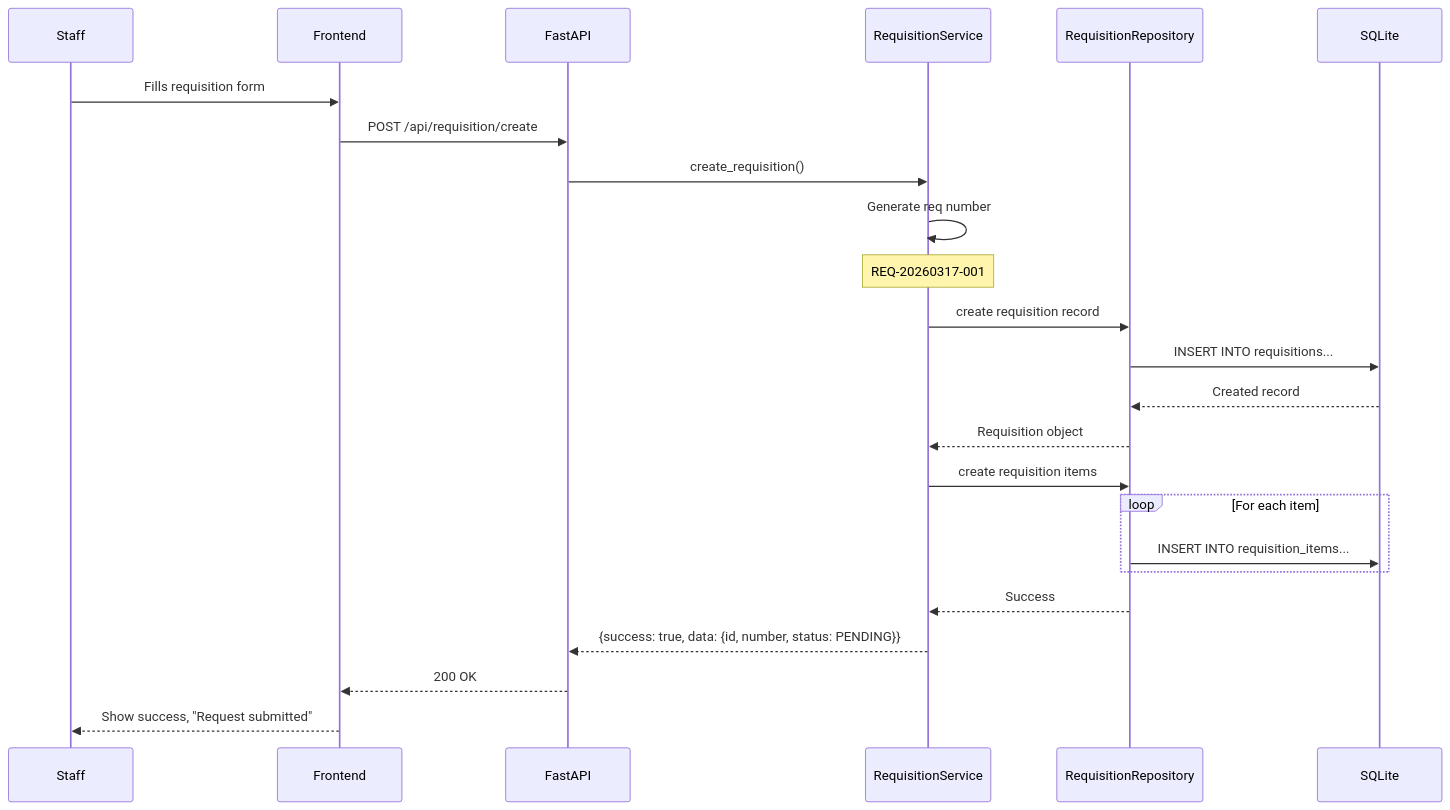
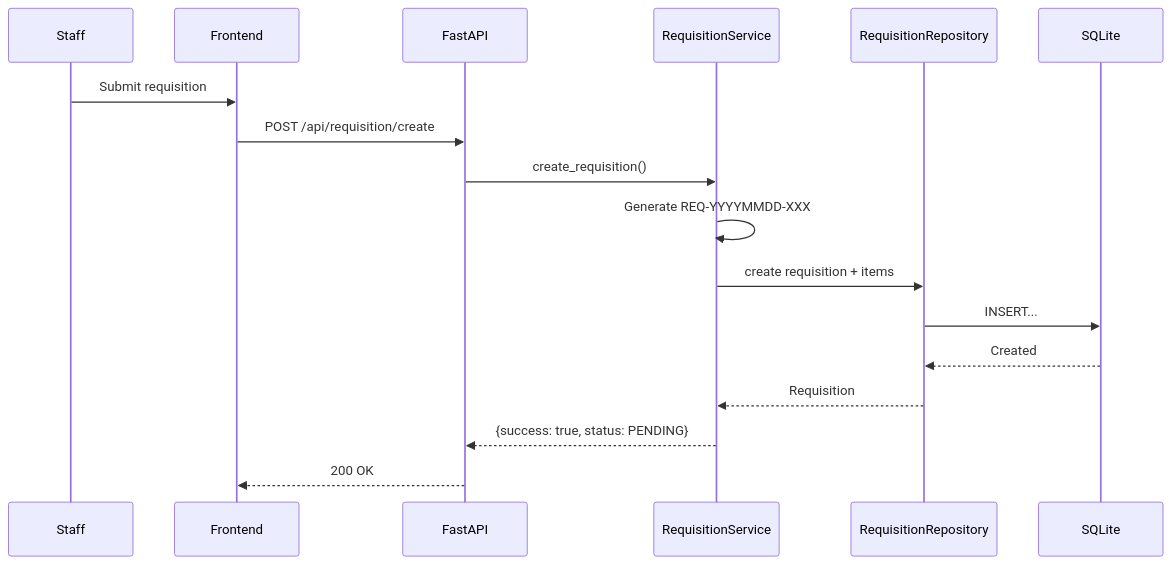
Before and after one commit to Sayandip05/smart-inventory-assistant: the second of 3 diagrams in docs/LLD.md, drawn with Mermaid. The commit also changed other lines of this file and 13 other files, not shown here.

````diff
--- a/docs/LLD.md
+++ b/docs/LLD.md
@@ -733,31 +420,20 @@
 ```mermaid
 sequenceDiagram
     participant U as Staff
     participant F as Frontend
     participant API as FastAPI
     participant S as RequisitionService
     participant R as RequisitionRepository
     participant DB as SQLite
 
-    U->>F: Fills requisition form
+    U->>F: Submit requisition
     F->>API: POST /api/requisition/create
     API->>S: create_requisition()
-    
-    S->>S: Generate req number
-    Note over S: REQ-20260317-001
-    
-    S->>R: create requisition record
-    R->>DB: INSERT INTO requisitions...
-    DB-->>R: Created record
-    R-->>S: Requisition object
-    
-    S->>R: create requisition items
-    loop For each item
-        R->>DB: INSERT INTO requisition_items...
-    end
-    
-    R-->>S: Success
-    S-->>API: {success: true, data: {id, number, status: PENDING}}
+    S->>S: Generate REQ-YYYYMMDD-XXX
+    S->>R: create requisition + items
+    R->>DB: INSERT...
+    DB-->>R: Created
+    R-->>S: Requisition
+    S-->>API: {success: true, status: PENDING}
     API-->>F: 200 OK
-    F-->>U: Show success, "Request submitted"
 ```
````
